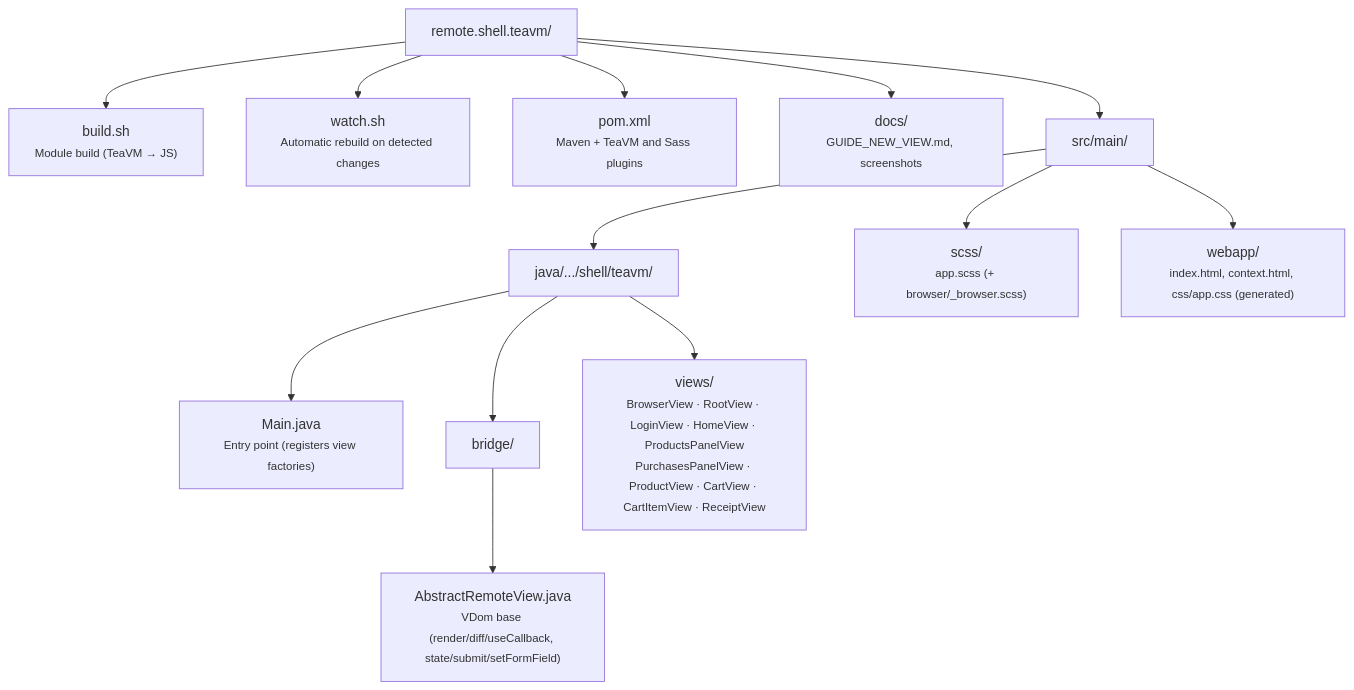
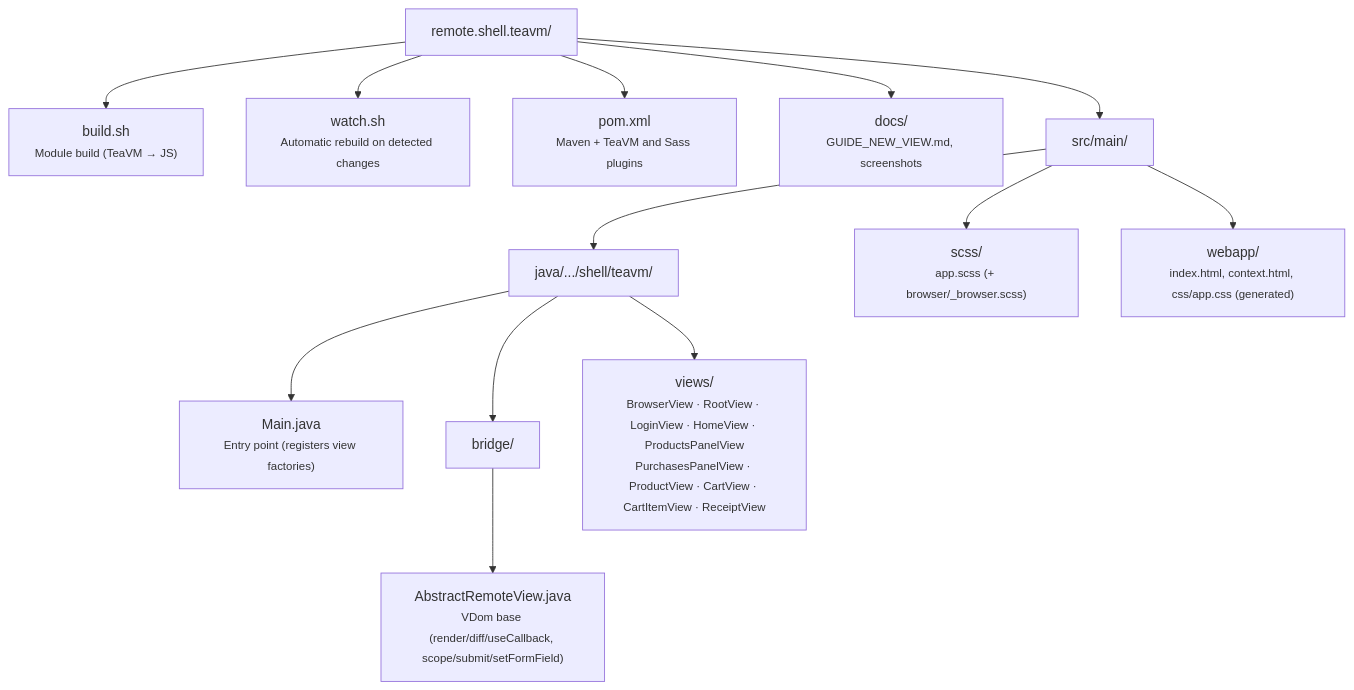
Before and after one commit to mrcdom/wdc-cube-java-v2: the third of 4 diagrams in fontes/br.com.wdc.store/br.com.wdc.store.view.remote/remote.shell.teavm/README.md, drawn with Mermaid. The commit also changed other lines of this file and 222 other files, not shown here.

First line of the commit message:
♻️ [REFACTOR] ViewState becomes Scope in code, protocol and docs

````diff
--- a/fontes/br.com.wdc.store/br.com.wdc.store.view.remote/remote.shell.teavm/README.md
+++ b/fontes/br.com.wdc.store/br.com.wdc.store.view.remote/remote.shell.teavm/README.md
@@ -54,29 +54,29 @@
 ```mermaid
 graph TD
     root["remote.shell.teavm/"]
     buildsh["build.sh<br/><small>Module build (TeaVM → JS)</small>"]
     watchsh["watch.sh<br/><small>Automatic rebuild on detected changes</small>"]
     pom["pom.xml<br/><small>Maven + TeaVM and Sass plugins</small>"]
     docs["docs/<br/><small>GUIDE_NEW_VIEW.md, screenshots</small>"]
     srcMain["src/main/"]
     java["java/.../shell/teavm/"]
     main["Main.java<br/><small>Entry point (registers view factories)</small>"]
     bridge["bridge/"]
-    arv["AbstractRemoteView.java<br/><small>VDom base (render/diff/useCallback, state/submit/setFormField)</small>"]
+    arv["AbstractRemoteView.java<br/><small>VDom base (render/diff/useCallback, scope/submit/setFormField)</small>"]
     views["views/<br/><small>BrowserView · RootView · LoginView · HomeView · ProductsPanelView<br/>PurchasesPanelView · ProductView · CartView · CartItemView · ReceiptView</small>"]
     scss["scss/<br/><small>app.scss (+ browser/_browser.scss)</small>"]
     webapp["webapp/<br/><small>index.html, context.html, css/app.css (generated)</small>"]
 
     root --> buildsh
     root --> watchsh
     root --> pom
     root --> docs
     root --> srcMain
     srcMain --> java
     srcMain --> scss
     srcMain --> webapp
     java --> main
     java --> bridge
     java --> views
     bridge --> arv
 ```
````
